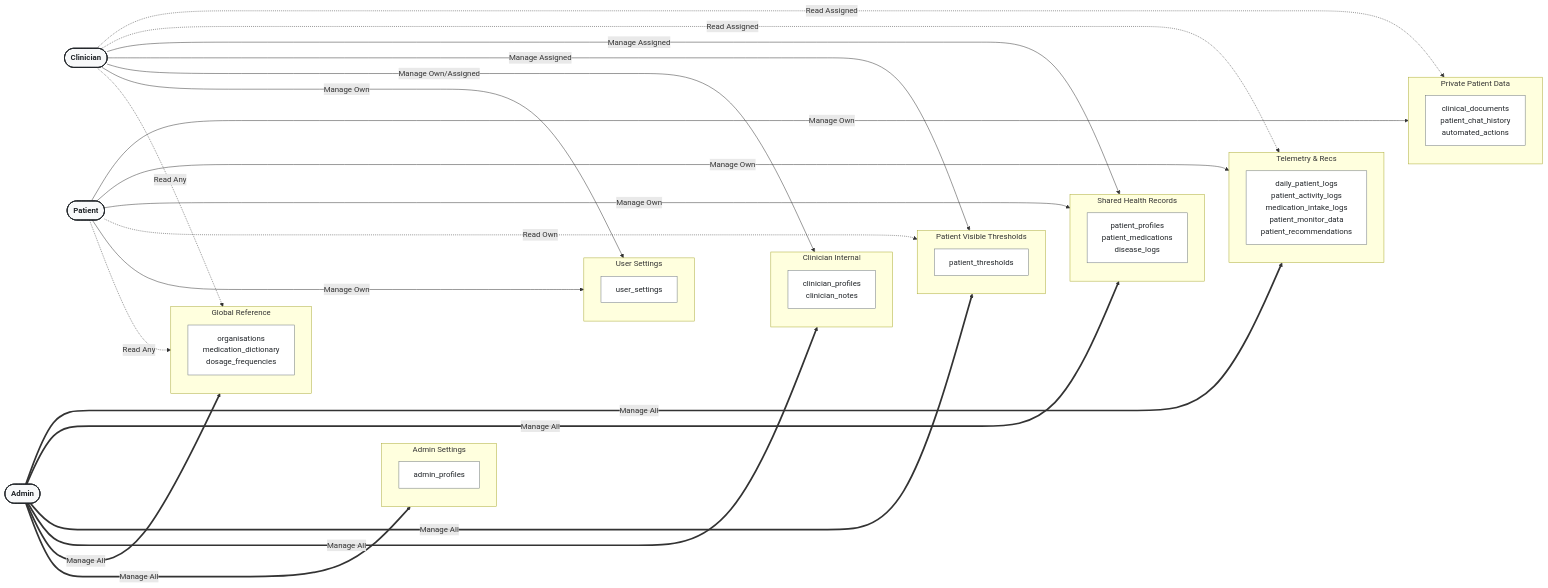
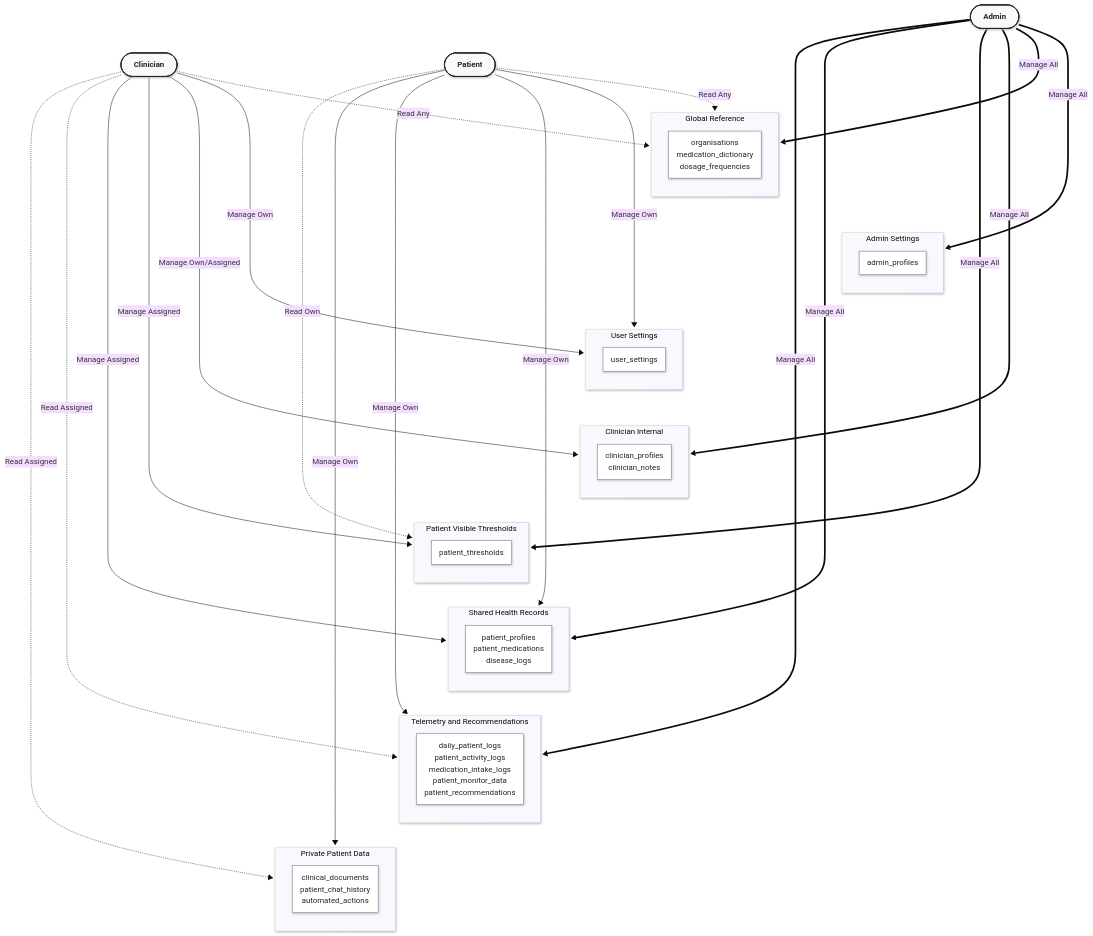
Before and after one commit to darklorddad/Swinburne-COS40005-CTPA-FLORENCE: the diagram in Project-documentation/Architecture/Supabase/Role-Based-Access-Control/Role-Based-Access-Control.mmd, drawn with Mermaid. The commit also changed 28 other files, not shown here.

Commit message:
docs: update and reorganise architecture and user documentation

```diff
--- a/Project-documentation/Architecture/Supabase/Role-Based-Access-Control/Role-Based-Access-Control.mmd
+++ b/Project-documentation/Architecture/Supabase/Role-Based-Access-Control/Role-Based-Access-Control.mmd
@@ -1,89 +1,69 @@
-flowchart LR
-    %% Professional structural styling
-    classDef default fill:#ffffff,stroke:#000000,stroke-width:1px,color:#000000
-    classDef role fill:#f8f9fa,stroke:#212529,stroke-width:2px,color:#212529,font-weight:bold
-    classDef data fill:#ffffff,stroke:#6c757d,stroke-width:1px,color:#212529
-
-    %% Roles
-    Admin([Admin])
-    Clinician([Clinician])
-    Patient([Patient])
-
-    %% Data Domains
-    subgraph Global [Global Reference]
-        direction TB
-        Ref["organisations<br/>medication_dictionary<br/>dosage_frequencies"]
-    end
-
-    subgraph SystemAdmin [Admin Settings]
-        direction TB
+---
+config:
+  theme: base
+  look: neo
+---
+flowchart TB
+ subgraph Global["Global Reference"]
+    direction TB
+        Ref["organisations<br>medication_dictionary<br>dosage_frequencies"]
+  end
+ subgraph SystemAdmin["Admin Settings"]
+    direction TB
         AdminConfig["admin_profiles"]
-    end
-
-    subgraph SystemUser [User Settings]
-        direction TB
+  end
+ subgraph SystemUser["User Settings"]
+    direction TB
         UserConfig["user_settings"]
-    end
-
-    subgraph ClinicianInternal [Clinician Internal]
-        direction TB
-        ClinData["clinician_profiles<br/>clinician_notes"]
-    end
-
-    subgraph ClinicianShared [Patient Visible Thresholds]
-        direction TB
+  end
+ subgraph ClinicianInternal["Clinician Internal"]
+    direction TB
+        ClinData["clinician_profiles<br>clinician_notes"]
+  end
+ subgraph ClinicianShared["Patient Visible Thresholds"]
+    direction TB
         ThresholdData["patient_thresholds"]
-    end
-
-    subgraph CoreHealth [Shared Health Records]
-        direction TB
-        HealthData["patient_profiles<br/>patient_medications<br/>disease_logs"]
-    end
-
-    subgraph TelemetryAdmin [Telemetry & Recs]
-        direction TB
-        LogDataAdmin["daily_patient_logs<br/>patient_activity_logs<br/>medication_intake_logs<br/>patient_monitor_data<br/>patient_recommendations"]
-    end
-    
-    subgraph TelemetryPrivate [Private Patient Data]
-        direction TB
-        LogDataPrivate["clinical_documents<br/>patient_chat_history<br/>automated_actions"]
-    end
-
-    %% Admin Routing
-    Admin ===>|Manage All| SystemAdmin
-    Admin ===>|Manage All| Global
-    Admin ===>|Manage All| ClinicianInternal
-    Admin ===>|Manage All| ClinicianShared
-    Admin ===>|Manage All| CoreHealth
-    Admin ===>|Manage All| TelemetryAdmin
-
-    %% Clinician Routing
-    Clinician -.->|Read Any| Global
-    Clinician --->|Manage Own| SystemUser
-    Clinician --->|Manage Own/Assigned| ClinicianInternal
-    Clinician --->|Manage Assigned| ClinicianShared
-    Clinician --->|Manage Assigned| CoreHealth
-    Clinician -.->|Read Assigned| TelemetryAdmin
-    Clinician -.->|Read Assigned| TelemetryPrivate
-
-    %% Patient Routing
-    Patient -.->|Read Any| Global
-    Patient --->|Manage Own| SystemUser
-    Patient -.->|Read Own| ClinicianShared
-    Patient --->|Manage Own| CoreHealth
-    Patient --->|Manage Own| TelemetryAdmin
-    Patient --->|Manage Own| TelemetryPrivate
-
-    %% Layout routing (forces vertical stacking of domains)
+  end
+ subgraph CoreHealth["Shared Health Records"]
+    direction TB
+        HealthData["patient_profiles<br>patient_medications<br>disease_logs"]
+  end
+ subgraph TelemetryAdmin["Telemetry and Recommendations"]
+    direction TB
+        LogDataAdmin["daily_patient_logs<br>patient_activity_logs<br>medication_intake_logs<br>patient_monitor_data<br>patient_recommendations"]
+  end
+ subgraph TelemetryPrivate["Private Patient Data"]
+    direction TB
+        LogDataPrivate["clinical_documents<br>patient_chat_history<br>automated_actions"]
+  end
+    Admin(["Admin"]) == Manage All ===> SystemAdmin & Global & ClinicianInternal & ClinicianShared & CoreHealth & TelemetryAdmin
+    Clinician(["Clinician"]) -. Read Any .-> Global
+    Clinician -- Manage Own ---> SystemUser
+    Clinician -- Manage Own/Assigned ---> ClinicianInternal
+    Clinician -- Manage Assigned ---> ClinicianShared & CoreHealth
+    Clinician -. Read Assigned .-> TelemetryAdmin & TelemetryPrivate
+    Patient(["Patient"]) -. Read Any .-> Global
+    Patient -- Manage Own ---> SystemUser & CoreHealth & TelemetryAdmin & TelemetryPrivate
+    Patient -. Read Own .-> ClinicianShared
     Global ~~~ SystemAdmin
     SystemAdmin ~~~ SystemUser
     SystemUser ~~~ ClinicianInternal
     ClinicianInternal ~~~ ClinicianShared
     ClinicianShared ~~~ CoreHealth
     CoreHealth ~~~ TelemetryAdmin
     TelemetryAdmin ~~~ TelemetryPrivate
 
-    %% Class Assignments
-    class Admin,Clinician,Patient role;
-    class Ref,AdminConfig,UserConfig,ClinData,ThresholdData,HealthData,LogDataAdmin,LogDataPrivate data;
+     Ref:::data
+     AdminConfig:::data
+     UserConfig:::data
+     ClinData:::data
+     ThresholdData:::data
+     HealthData:::data
+     LogDataAdmin:::data
+     LogDataPrivate:::data
+     Admin:::role
+     Clinician:::role
+     Patient:::role
+    classDef default fill:#ffffff,stroke:#000000,stroke-width:1px,color:#000000
+    classDef role fill:#f8f9fa,stroke:#212529,stroke-width:2px,color:#212529,font-weight:bold
+    classDef data fill:#ffffff,stroke:#6c757d,stroke-width:1px,color:#212529
```
